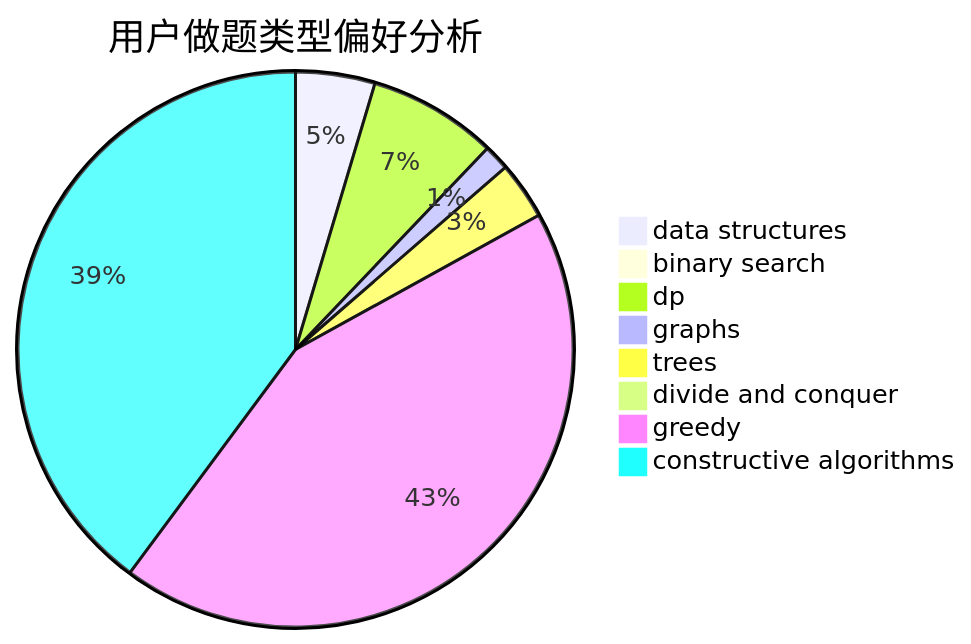
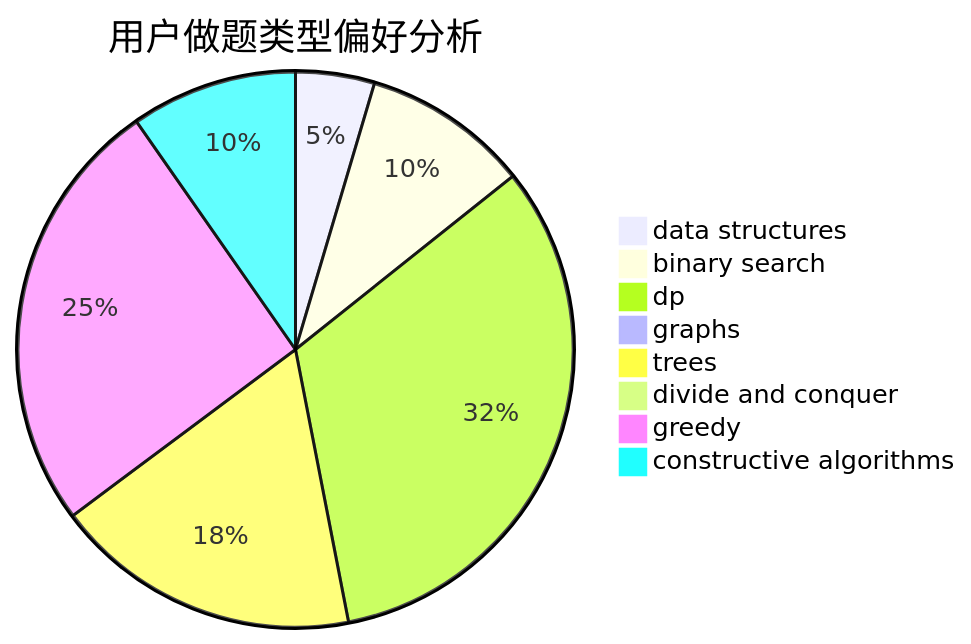
The second of 3 diagrams in docs/user/u1658.md (sherpahu/cfrs.github.io), drawn with Mermaid before and after one commit. The commit also changed other lines of this file and 2770 other files, not shown here.

````diff
--- a/docs/user/u1658.md
+++ b/docs/user/u1658.md
@@ -23,11 +23,11 @@
 ```mermaid
 pie title 用户做题类型偏好分析
-    "data structures" :  40
-    "binary search" :  6
-    "dp" :  65
-    "graphs" :  13
-    "trees" :  29
-    "divide and conquer" :  8
-    "greedy" :  374
-    "constructive algorithms" :  345
+    "data structures" :  9
+    "binary search" :  19
+    "dp" :  64
+    "graphs" :  0
+    "trees" :  35
+    "divide and conquer" :  1
+    "greedy" :  50
+    "constructive algorithms" :  19
 ```
````
